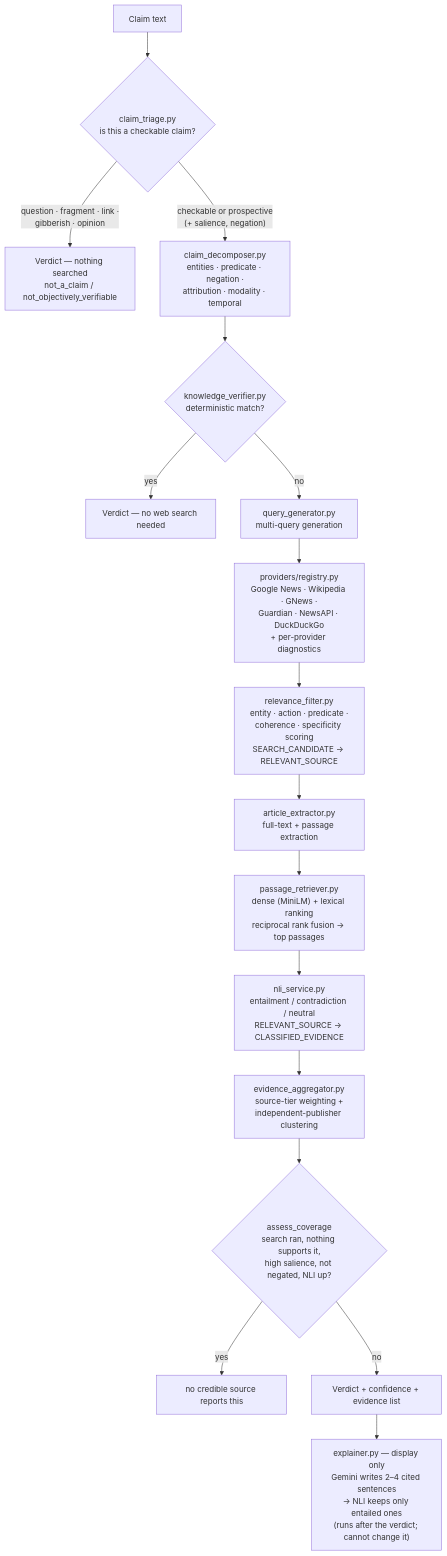
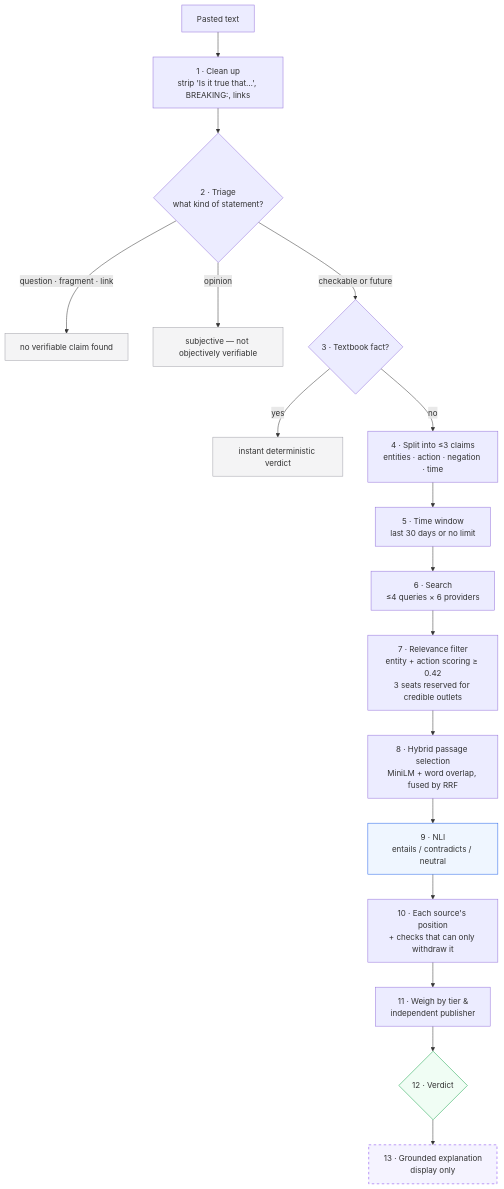
The third of 7 diagrams in README.md (Shoaib1M/NewsChecker_v2), drawn with Mermaid before and after one commit. The commit also changed other lines of this file and 6 other files, not shown here.

Commit message:
Rewrite README with flowcharts, measured results and fresh screenshots

````diff
--- a/README.md
+++ b/README.md
@@ -141,19 +157,26 @@
 ```mermaid
 flowchart TD
-    A[Claim text] --> T{"claim_triage.py<br/>is this a checkable claim?"}
-    T -->|"question · fragment · link ·<br/>gibberish · opinion"| Y["Verdict — nothing searched<br/>not_a_claim / not_objectively_verifiable"]
-    T -->|"checkable or prospective<br/>(+ salience, negation)"| B["claim_decomposer.py<br/>entities · predicate · negation ·<br/>attribution · modality · temporal"]
-    B --> C{"knowledge_verifier.py<br/>deterministic match?"}
-    C -->|yes| Z["Verdict — no web search needed"]
-    C -->|no| D["query_generator.py<br/>multi-query generation"]
-    D --> E["providers/registry.py<br/>Google News · Wikipedia · GNews ·<br/>Guardian · NewsAPI · DuckDuckGo<br/>+ per-provider diagnostics"]
-    E --> F["relevance_filter.py<br/>entity · action · predicate ·<br/>coherence · specificity scoring<br/>SEARCH_CANDIDATE → RELEVANT_SOURCE"]
-    F --> G["article_extractor.py<br/>full-text + passage extraction"]
-    G --> G2["passage_retriever.py<br/>dense (MiniLM) + lexical ranking<br/>reciprocal rank fusion → top passages"]
-    G2 --> H["nli_service.py<br/>entailment / contradiction / neutral<br/>RELEVANT_SOURCE → CLASSIFIED_EVIDENCE"]
-    H --> I["evidence_aggregator.py<br/>source-tier weighting +<br/>independent-publisher clustering"]
-    I --> K{"assess_coverage<br/>search ran, nothing supports it,<br/>high salience, not negated, NLI up?"}
-    K -->|yes| L["no credible source reports this"]
-    K -->|no| J[Verdict + confidence + evidence list]
-    J --> X["explainer.py — display only<br/>Gemini writes 2–4 cited sentences<br/>→ NLI keeps only entailed ones<br/>(runs after the verdict; cannot change it)"]
+    A["Pasted text"] --> N["1 · Clean up<br/>strip 'Is it true that…', BREAKING:, links"]
+    N --> T{"2 · Triage<br/>what kind of statement?"}
+    T -->|"question · fragment · link"| X1["no verifiable claim found"]
+    T -->|"opinion"| X2["subjective — not objectively verifiable"]
+    T -->|"checkable or future"| K{"3 · Textbook fact?"}
+    K -->|yes| X3["instant deterministic verdict"]
+    K -->|no| U["4 · Split into ≤3 claims<br/>entities · action · negation · time"]
+    U --> W["5 · Time window<br/>last 30 days or no limit"]
+    W --> Q["6 · Search<br/>≤4 queries × 6 providers"]
+    Q --> R["7 · Relevance filter<br/>entity + action scoring ≥ 0.42<br/>3 seats reserved for credible outlets"]
+    R --> P["8 · Hybrid passage selection<br/>MiniLM + word overlap, fused by RRF"]
+    P --> L["9 · NLI<br/>entails / contradicts / neutral"]
+    L --> S["10 · Each source's position<br/>+ checks that can only withdraw it"]
+    S --> V["11 · Weigh by tier &<br/>independent publisher"]
+    V --> F{"12 · Verdict"}
+    F --> E["13 · Grounded explanation<br/>display only"]
+
+    style X1 fill:#f4f4f5,stroke:#a1a1aa
+    style X2 fill:#f4f4f5,stroke:#a1a1aa
+    style X3 fill:#f4f4f5,stroke:#a1a1aa
+    style L fill:#eff6ff,stroke:#2563eb
+    style F fill:#f0fdf4,stroke:#16a34a
+    style E fill:#f5f3ff,stroke:#7c3aed,stroke-dasharray: 5 5
 ```
````
